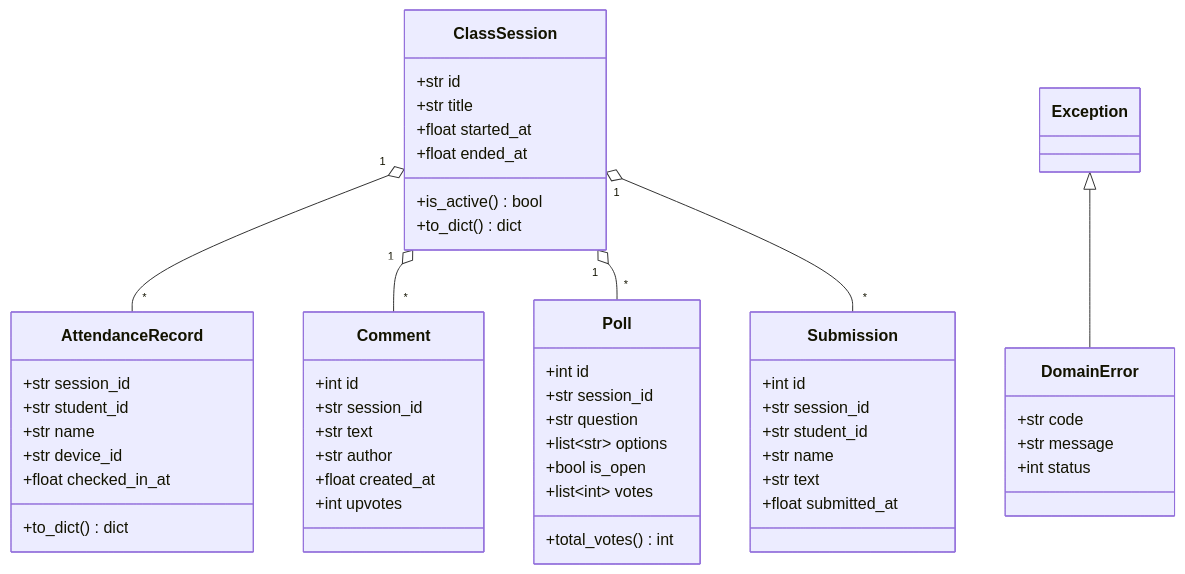
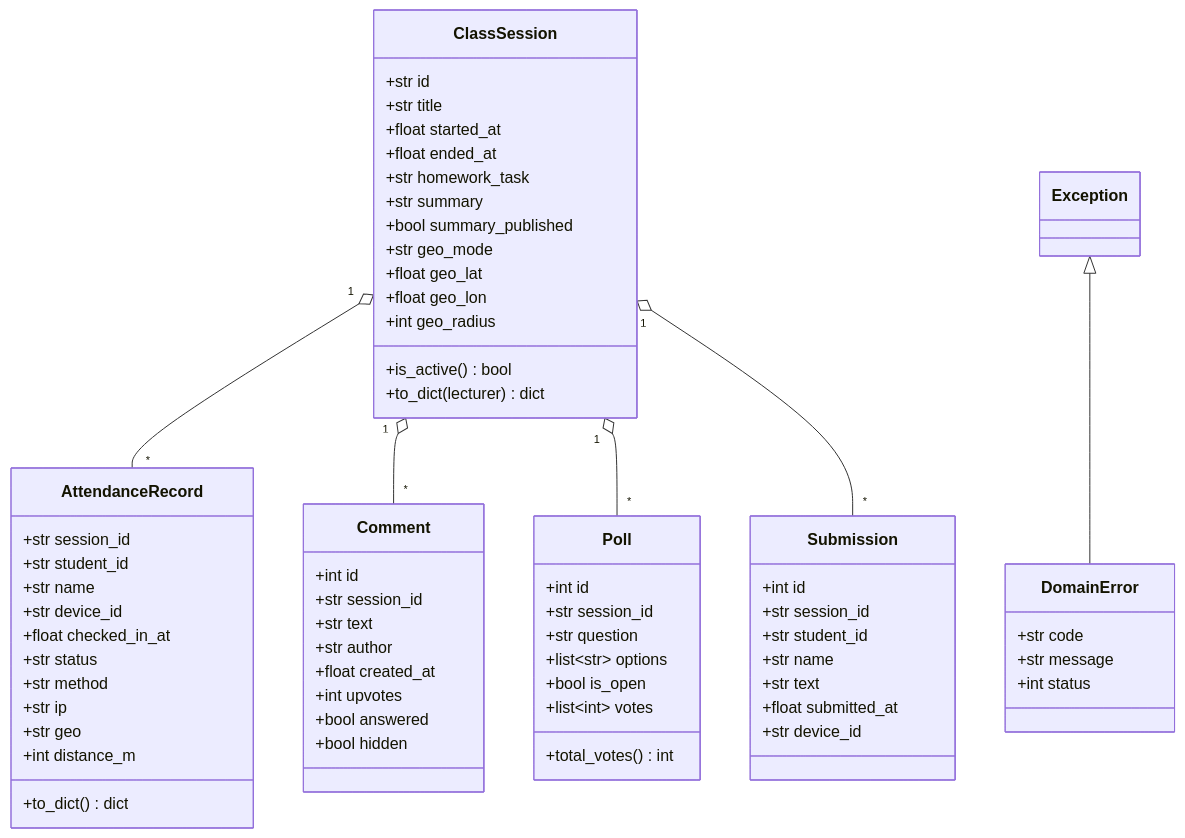
Before and after one commit to roneliyahu2001/oop-ex2-classpulse: the first of 5 diagrams in docs/06-class-diagrams.md, drawn with Mermaid. The commit also changed other lines of this file and 47 other files, not shown here.

````diff
--- a/docs/06-class-diagrams.md
+++ b/docs/06-class-diagrams.md
@@ -6,54 +6,69 @@
 ```mermaid
 classDiagram
   class ClassSession {
     +str id
     +str title
     +float started_at
     +float ended_at
+    +str homework_task
+    +str summary
+    +bool summary_published
+    +str geo_mode
+    +float geo_lat
+    +float geo_lon
+    +int geo_radius
     +is_active() bool
-    +to_dict() dict
+    +to_dict(lecturer) dict
   }
   class AttendanceRecord {
     +str session_id
     +str student_id
     +str name
     +str device_id
     +float checked_in_at
+    +str status
+    +str method
+    +str ip
+    +str geo
+    +int distance_m
     +to_dict() dict
   }
   class Comment {
     +int id
     +str session_id
     +str text
     +str author
     +float created_at
     +int upvotes
+    +bool answered
+    +bool hidden
   }
   class Poll {
     +int id
     +str session_id
     +str question
     +list~str~ options
     +bool is_open
     +list~int~ votes
     +total_votes() int
   }
   class Submission {
     +int id
     +str session_id
     +str student_id
     +str name
     +str text
     +float submitted_at
+    +str device_id
   }
   class DomainError {
     +str code
     +str message
     +int status
   }
   Exception <|-- DomainError
   ClassSession "1" o-- "*" AttendanceRecord
   ClassSession "1" o-- "*" Comment
   ClassSession "1" o-- "*" Poll
   ClassSession "1" o-- "*" Submission
 ```
````
